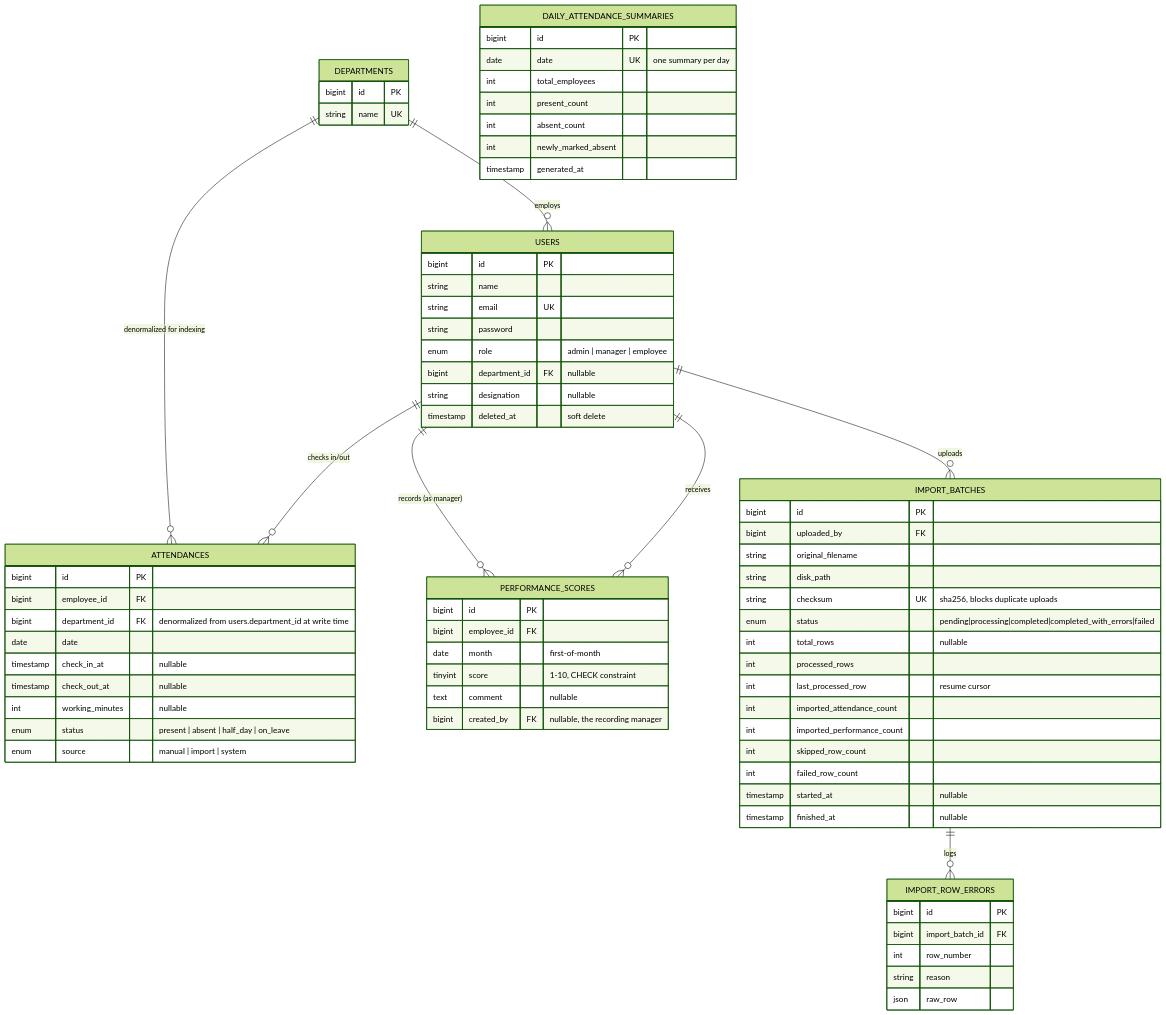
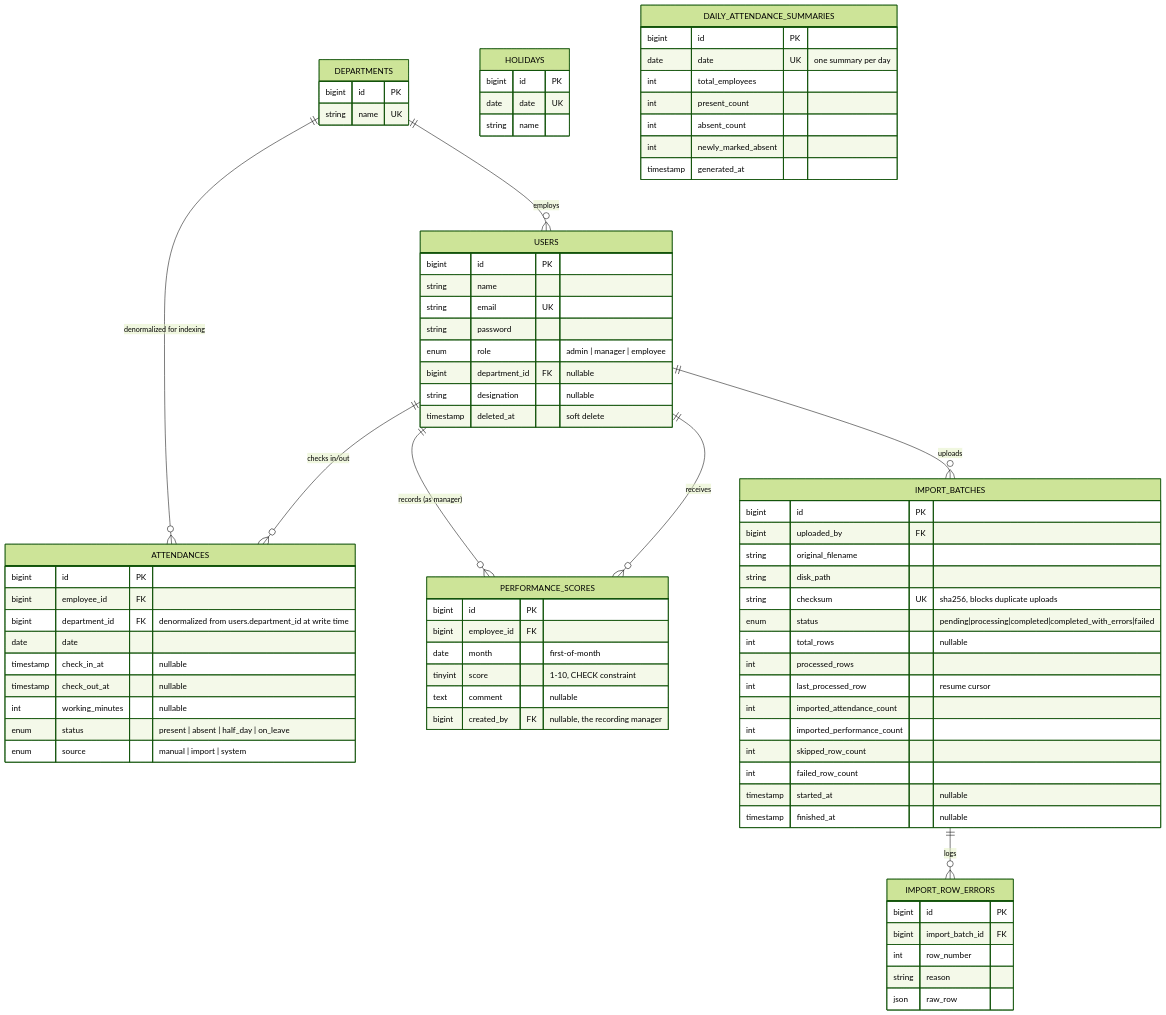
One commit to deepak30121998/employee-performance-attendance-analytics changed the diagram in docs/ER-DIAGRAM.md. Above: the diagram before and after it, drawn with Mermaid (forest theme). The commit also changed 25 other files, not shown here.

```diff
--- a/docs/ER-DIAGRAM.md
+++ b/docs/ER-DIAGRAM.md
@@ -73,6 +73,12 @@
         json raw_row
     }
 
+    HOLIDAYS {
+        bigint id PK
+        date date UK
+        string name
+    }
+
     DAILY_ATTENDANCE_SUMMARIES {
         bigint id PK
         date date UK "one summary per day"
```
